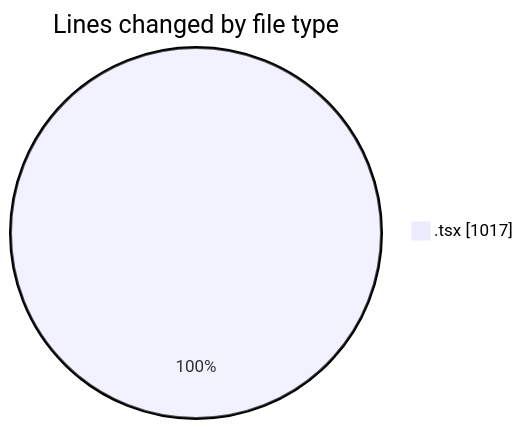
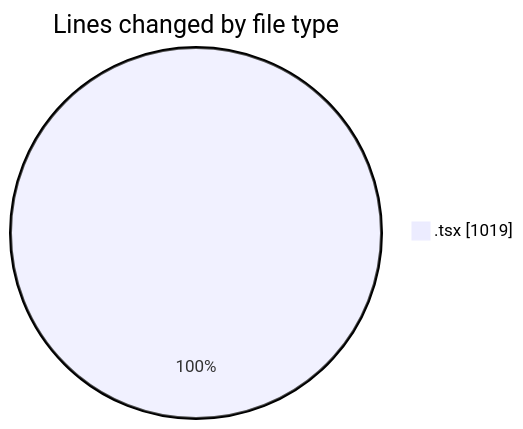
One commit to nxtqubesakshisongat/code-tracking changed the first of 2 diagrams in 2026-02-19/nxtqube_webapp/README.md. Above: the diagram before and after it, drawn with Mermaid. The commit also changed other lines of this file and 1 other file, not shown here.

````diff
--- a/2026-02-19/nxtqube_webapp/README.md
+++ b/2026-02-19/nxtqube_webapp/README.md
@@ -21,5 +21,5 @@
 ```mermaid
 pie showData
 title Lines changed by file type
-".tsx" : 1017
+".tsx" : 1019
 ```
````
